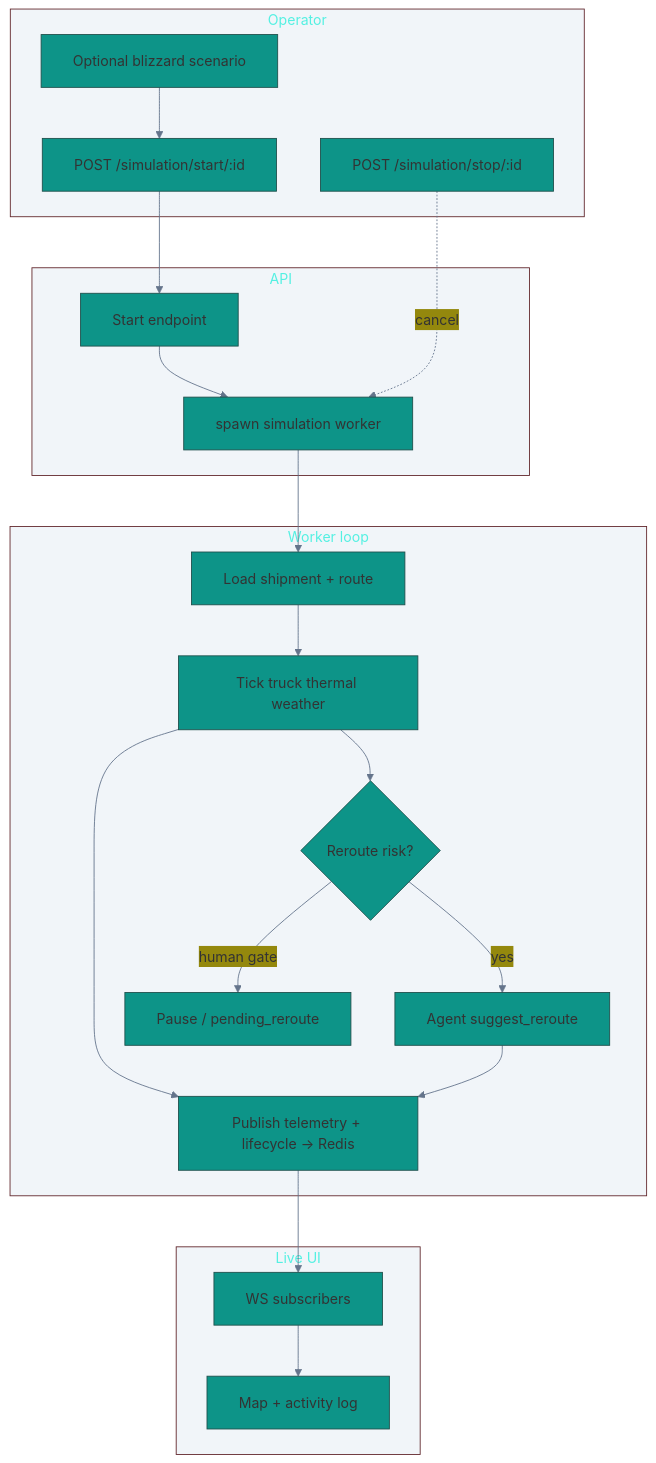
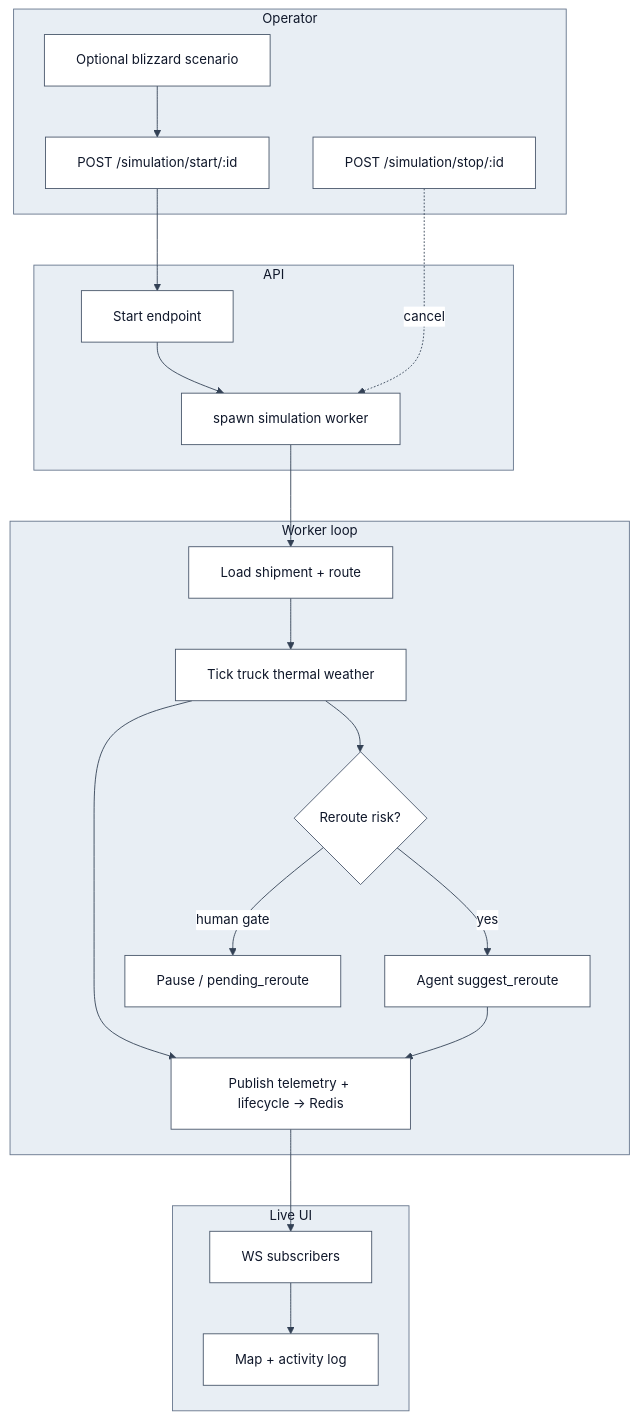
Before and after one commit to dhanyakini/PharmAI-Chain: the fourth of 7 diagrams in docs/FLOWCHARTS.md, drawn with Mermaid. The commit also changed other lines of this file and 1 other file, not shown here.

Commit message:
Update FLOWCHARTS.md and mermaid-config.json to standardize color palette and improve diagram styling for better visual consistency

````diff
--- a/docs/FLOWCHARTS.md
+++ b/docs/FLOWCHARTS.md
@@ -107,42 +109,42 @@
 ```mermaid
-%%{init: {'theme':'base','themeVariables':{'primaryColor':'#0d9488','lineColor':'#64748b','clusterBkg':'#f1f5f9'},'flowchart':{'curve':'basis','padding':18,'nodeSpacing':50,'rankSpacing':58}}}%%
+%%{init: {'theme':'base','themeVariables':{'fontFamily':'ui-sans-serif, system-ui, sans-serif','fontSize':'15px','primaryColor':'#ffffff','primaryTextColor':'#0f172a','primaryBorderColor':'#0d9488','secondaryColor':'#ffffff','secondaryTextColor':'#0f172a','secondaryBorderColor':'#64748b','tertiaryColor':'#f1f5f9','tertiaryTextColor':'#0f172a','tertiaryBorderColor':'#475569','lineColor':'#334155','textColor':'#0f172a','mainBkg':'#ffffff','nodeBorder':'#475569','clusterBkg':'#e8eef4','clusterBorder':'#64748b','edgeLabelBackground':'#ffffff','titleColor':'#0f172a'},'flowchart':{'curve':'basis','padding':18,'nodeSpacing':50,'rankSpacing':58,'useMaxWidth':true}}}%%
 flowchart TD
   subgraph operator[" Operator "]
     O1[Optional blizzard scenario]
     O2[POST /simulation/start/:id]
     O3[POST /simulation/stop/:id]
   end
 
   subgraph api[" API "]
     S[Start endpoint]
     W[spawn simulation worker]
   end
 
   subgraph worker[" Worker loop "]
     L[Load shipment + route]
     T[Tick truck thermal weather]
     P[Publish telemetry + lifecycle → Redis]
     R{Reroute risk?}
     RS[Agent suggest_reroute]
     H[Pause / pending_reroute]
   end
 
   subgraph realtime[" Live UI "]
     WS[WS subscribers]
     FE[Map + activity log]
   end
 
   O1 --> O2
   O2 --> S
   S --> W
   W --> L
   L --> T
   T --> P
   P --> WS
   WS --> FE
   T --> R
   R -->|yes| RS
   RS --> P
   R -->|human gate| H
   O3 -.->|cancel| W
 ```
````
